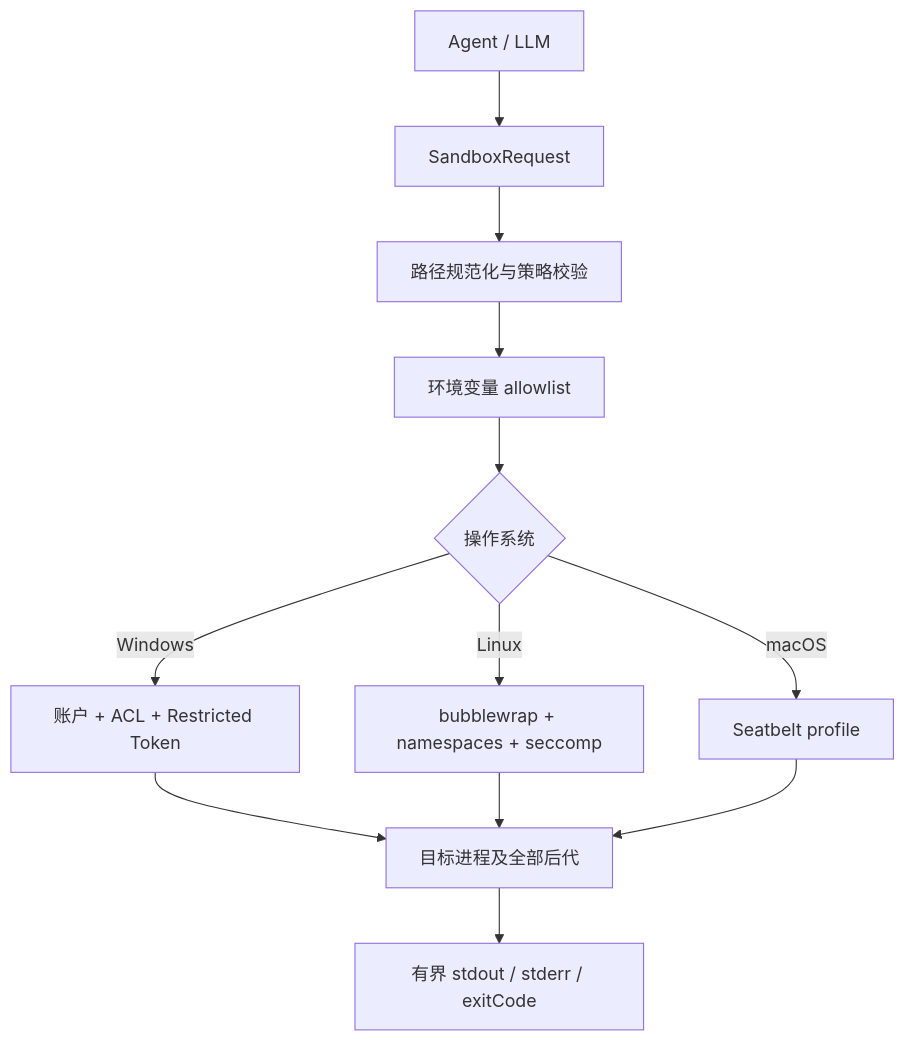
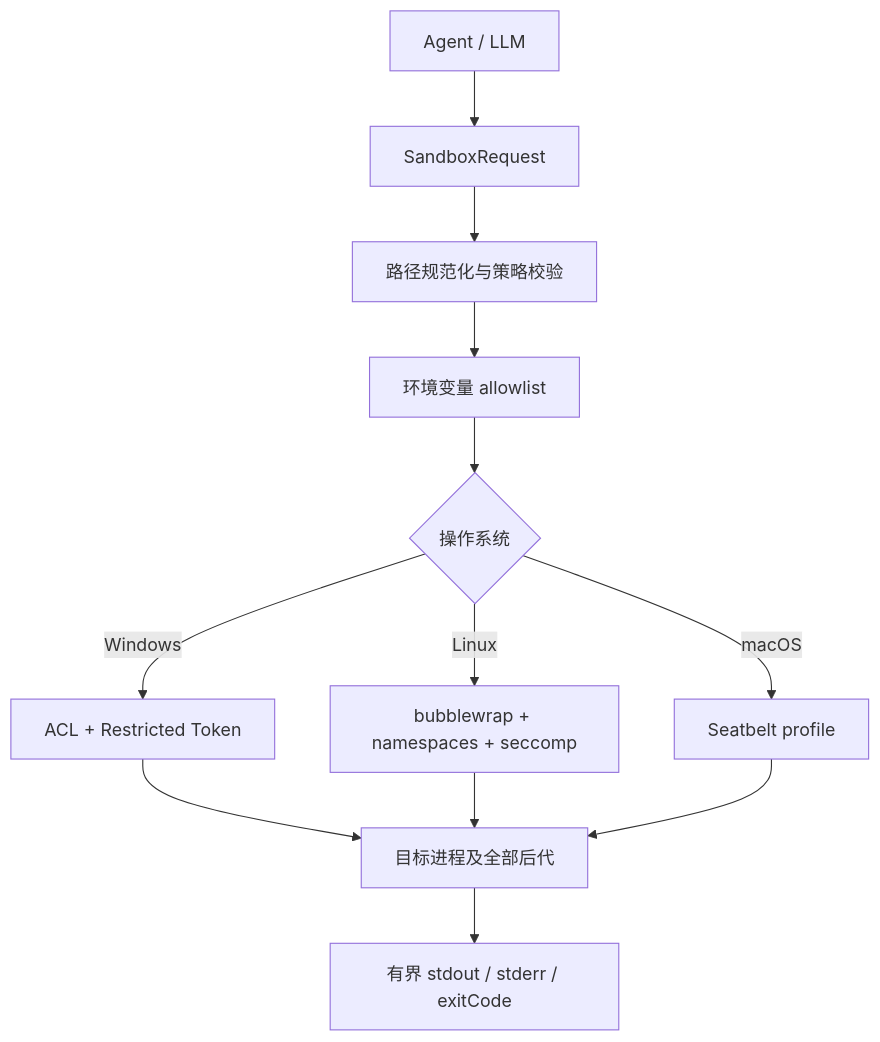
Before and after one commit to umuo/sandbox-demo: the diagram in docs/index.md, drawn with Mermaid. The commit also changed other lines of this file and 34 other files, not shown here.

````diff
--- a/docs/index.md
+++ b/docs/index.md
@@ -24,14 +24,14 @@
 ```mermaid
 flowchart TD
     A["Agent / LLM"] --> B["SandboxRequest"]
     B --> C["路径规范化与策略校验"]
     C --> D["环境变量 allowlist"]
     D --> E{"操作系统"}
-    E -->|Windows| F["账户 + ACL + Restricted Token"]
+    E -->|Windows| F["ACL + Restricted Token"]
     E -->|Linux| G["bubblewrap + namespaces + seccomp"]
     E -->|macOS| H["Seatbelt profile"]
     F --> I["目标进程及全部后代"]
     G --> I
     H --> I
     I --> J["有界 stdout / stderr / exitCode"]
 ```
````
